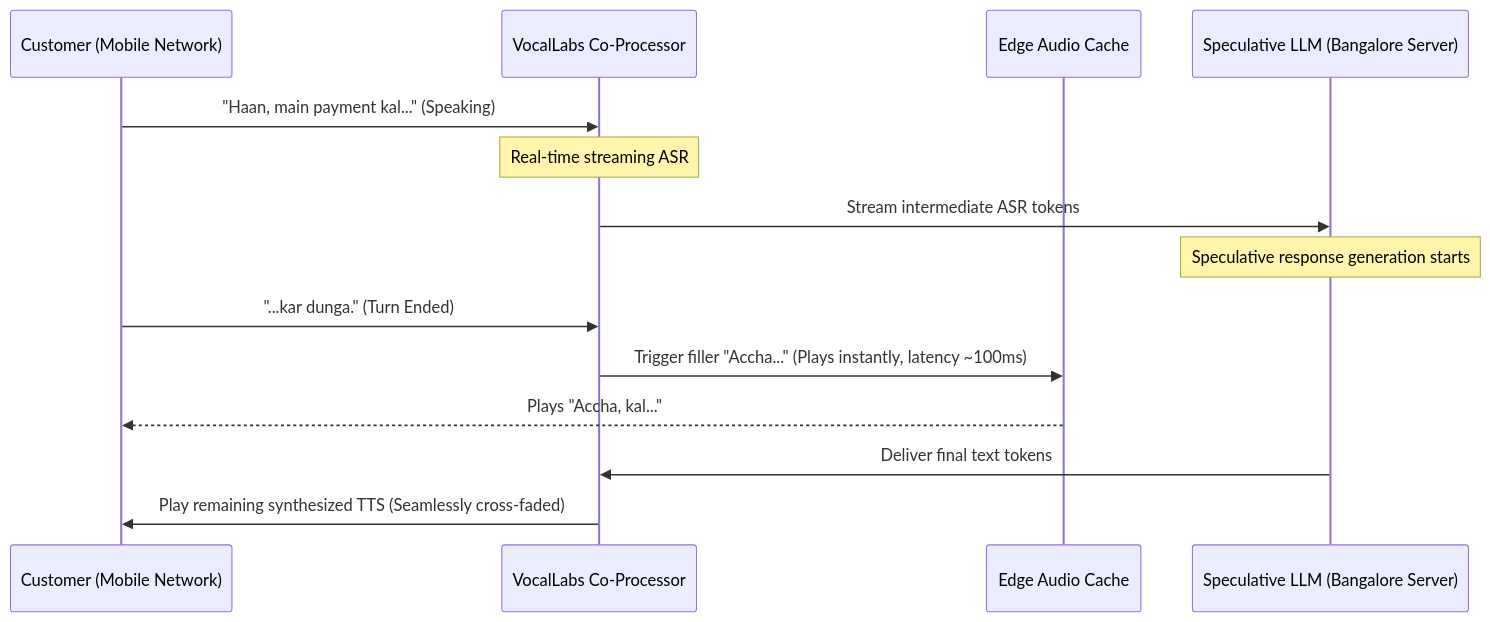
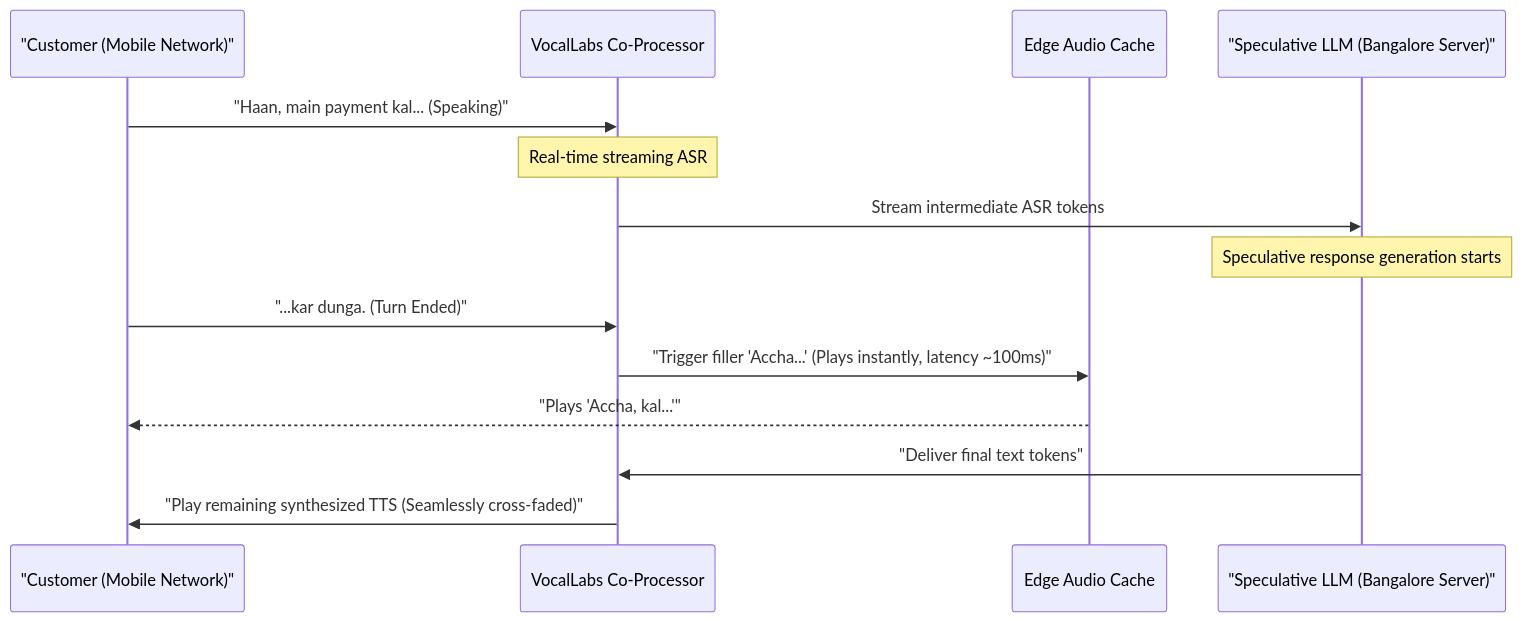
The second of 4 diagrams in README.md (codecaffin4346/Vocallabs_assignment), drawn with Mermaid before and after one commit. The commit also changed other lines of this file, not shown here.

Commit message:
fix: quote Mermaid labels containing parentheses to fix rendering error

````diff
--- a/README.md
+++ b/README.md
@@ -93,17 +93,17 @@
 ```mermaid
 sequenceDiagram
-    participant User as Customer (Mobile Network)
+    participant User as "Customer (Mobile Network)"
     participant Orchestrator as VocalLabs Co-Processor
     participant Cache as Edge Audio Cache
-    participant LLM as Speculative LLM (Bangalore Server)
+    participant LLM as "Speculative LLM (Bangalore Server)"
     
-    User->>Orchestrator: "Haan, main payment kal..." (Speaking)
+    User->>Orchestrator: "Haan, main payment kal... (Speaking)"
     Note over Orchestrator: Real-time streaming ASR
     Orchestrator->>LLM: Stream intermediate ASR tokens
     Note over LLM: Speculative response generation starts
-    User->>Orchestrator: "...kar dunga." (Turn Ended)
-    Orchestrator->>Cache: Trigger filler "Accha..." (Plays instantly, latency ~100ms)
-    Cache-->>User: Plays "Accha, kal..."
-    LLM->>Orchestrator: Deliver final text tokens
-    Orchestrator->>User: Play remaining synthesized TTS (Seamlessly cross-faded)
+    User->>Orchestrator: "...kar dunga. (Turn Ended)"
+    Orchestrator->>Cache: "Trigger filler 'Accha...' (Plays instantly, latency ~100ms)"
+    Cache-->>User: "Plays 'Accha, kal...'"
+    LLM->>Orchestrator: "Deliver final text tokens"
+    Orchestrator->>User: "Play remaining synthesized TTS (Seamlessly cross-faded)"
 ```
````
